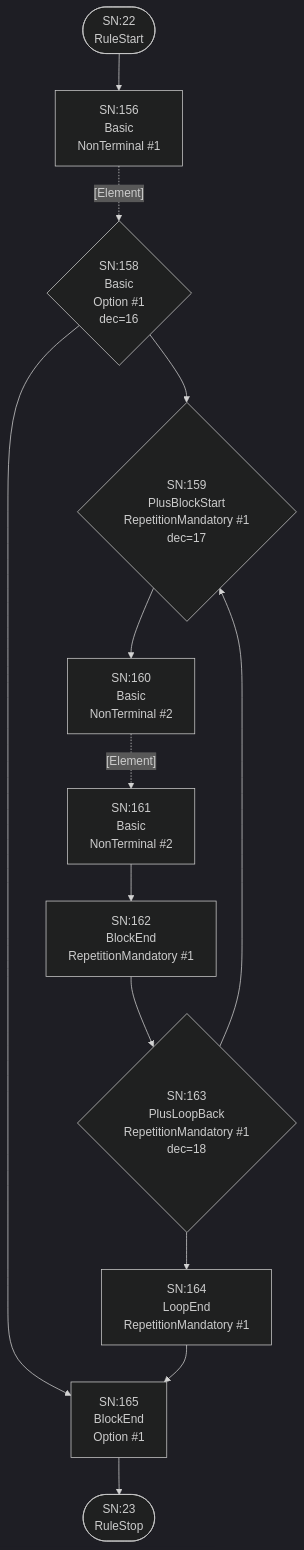
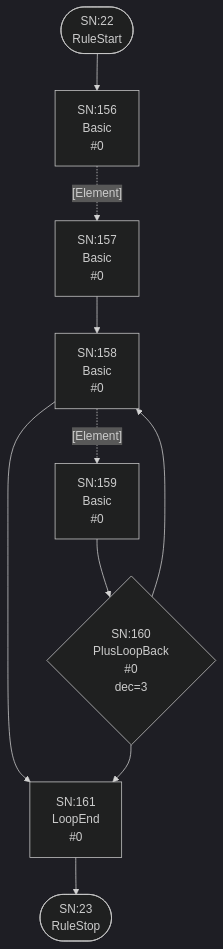
Diagram 12 of 25 in internal/grammar/atn.md (TypeFox/fastbelt), drawn with Mermaid (dark theme) before and after one commit. The commit also changed other lines of this file and 10 other files, not shown here.

````diff
--- a/internal/grammar/atn.md
+++ b/internal/grammar/atn.md
@@ -344,27 +350,21 @@
 ```mermaid
 flowchart TD
     q22(["SN:22<br/>RuleStart"])
     q23(["SN:23<br/>RuleStop"])
-    q156["SN:156<br/>Basic<br/>NonTerminal #1"]
-    q157{"SN:158<br/>Basic<br/>Option #1<br/>dec=16"}
-    q158{"SN:159<br/>PlusBlockStart<br/>RepetitionMandatory #1<br/>dec=17"}
-    q159["SN:160<br/>Basic<br/>NonTerminal #2"]
-    q160["SN:161<br/>Basic<br/>NonTerminal #2"]
-    q161["SN:162<br/>BlockEnd<br/>RepetitionMandatory #1"]
-    q162{"SN:163<br/>PlusLoopBack<br/>RepetitionMandatory #1<br/>dec=18"}
-    q163["SN:164<br/>LoopEnd<br/>RepetitionMandatory #1"]
-    q164["SN:165<br/>BlockEnd<br/>Option #1"]
+    q156["SN:156<br/>Basic<br/> #0"]
+    q157["SN:157<br/>Basic<br/> #0"]
+    q158["SN:158<br/>Basic<br/> #0"]
+    q159["SN:159<br/>Basic<br/> #0"]
+    q160{"SN:160<br/>PlusLoopBack<br/> #0<br/>dec=3"}
+    q161["SN:161<br/>LoopEnd<br/> #0"]
 
     q22 --> q156
     q156 -.->|"[Element]"| q157
     q157 --> q158
-    q157 --> q164
-    q158 --> q159
-    q159 -.->|"[Element]"| q160
+    q158 -.->|"[Element]"| q159
+    q158 --> q161
+    q159 --> q160
+    q160 --> q158
     q160 --> q161
-    q161 --> q162
-    q162 --> q158
-    q162 --> q163
-    q163 --> q164
-    q164 --> q23
+    q161 --> q23
 ```
````
